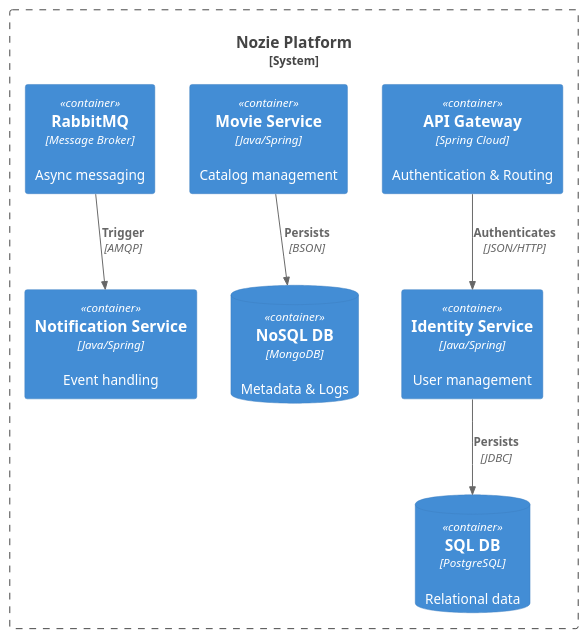
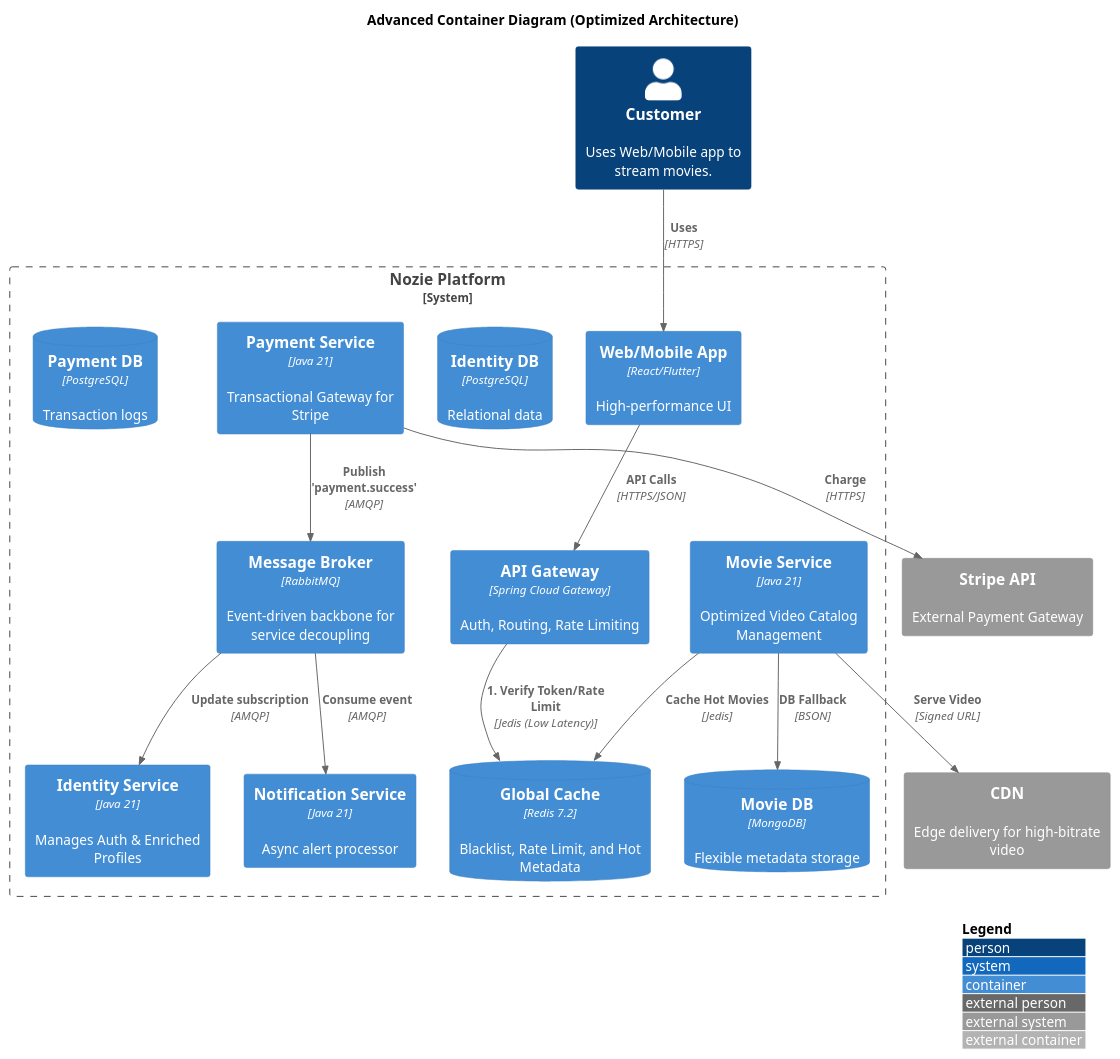
The diagram in Documents/C4/level-2.md (ndviet0303/SA25-26_ClassN02_Group_3), drawn with PlantUML before and after one commit. The commit also changed 22 other files, not shown here.

````diff
--- a/Documents/C4/level-2.md
+++ b/Documents/C4/level-2.md
@@ -17,20 +17,56 @@
 ```plantuml
 @startuml
 !include https://raw.githubusercontent.com/plantuml-office/C4-PlantUML/master/C4_Container.puml
 
-System_Boundary(nozie, "Nozie Platform") {
-    Container(gateway, "API Gateway", "Spring Cloud", "Authentication & Routing")
-    Container(identity, "Identity Service", "Java/Spring", "User management")
-    Container(movie, "Movie Service", "Java/Spring", "Catalog management")
-    Container(notify, "Notification Service", "Java/Spring", "Event handling")
-    ContainerDb(db1, "SQL DB", "PostgreSQL", "Relational data")
-    ContainerDb(db2, "NoSQL DB", "MongoDB", "Metadata & Logs")
-    Container(mq, "RabbitMQ", "Message Broker", "Async messaging")
+LAYOUT_WITH_LEGEND()
+
+title Advanced Container Diagram (Optimized Architecture)
+
+Person(user, "Customer", "Uses Web/Mobile app to stream movies.")
+
+System_Boundary(nozie_boundary, "Nozie Platform") {
+    
+    Container(app, "Web/Mobile App", "React/Flutter", "High-performance UI")
+    
+    Container(gateway, "API Gateway", "Spring Cloud Gateway", "Auth, Routing, Rate Limiting")
+    ContainerDb(redis, "Global Cache", "Redis 7.2", "Blacklist, Rate Limit, and Hot Metadata")
+
+    '--- Performance Services ---
+    Container(identity, "Identity Service", "Java 21", "Manages Auth & Enriched Profiles")
+    ContainerDb(id_db, "Identity DB", "PostgreSQL", "Relational data")
+
+    Container(movie, "Movie Service", "Java 21", "Optimized Video Catalog Management")
+    ContainerDb(movie_db, "Movie DB", "MongoDB", "Flexible metadata storage")
+
+    Container(payment, "Payment Service", "Java 21", "Transactional Gateway for Stripe")
+    ContainerDb(pay_db, "Payment DB", "PostgreSQL", "Transaction logs")
+
+    '--- Async & Resilience ---
+    Container(rabbitmq, "Message Broker", "RabbitMQ", "Event-driven backbone for service decoupling")
+    Container(notify, "Notification Service", "Java 21", "Async alert processor")
 }
 
-Rel(gateway, identity, "Authenticates", "JSON/HTTP")
-Rel(identity, db1, "Persists", "JDBC")
-Rel(movie, db2, "Persists", "BSON")
-Rel(mq, notify, "Trigger", "AMQP")
+System_Ext(stripe, "Stripe API", "External Payment Gateway")
+System_Ext(cdn, "CDN", "Edge delivery for high-bitrate video")
+
+'--- Critical Optimized Flows ---
+Rel(user, app, "Uses", "HTTPS")
+Rel(app, gateway, "API Calls", "HTTPS/JSON")
+
+'-- Optimization: Cache-aside at Gateway
+Rel(gateway, redis, "1. Verify Token/Rate Limit", "Jedis (Low Latency)")
+
+'-- Optimization: Read-optimized Retrieval
+Rel(movie, redis, "Cache Hot Movies", "Jedis")
+Rel(movie, movie_db, "DB Fallback", "BSON")
+
+'-- Optimization: Event-Driven Payment Flow
+Rel(payment, stripe, "Charge", "HTTPS")
+Rel(payment, rabbitmq, "Publish 'payment.success'", "AMQP")
+Rel(rabbitmq, notify, "Consume event", "AMQP")
+Rel(rabbitmq, identity, "Update subscription", "AMQP")
+
+Rel(movie, cdn, "Serve Video", "Signed URL")
+
 @enduml
 ```
````
